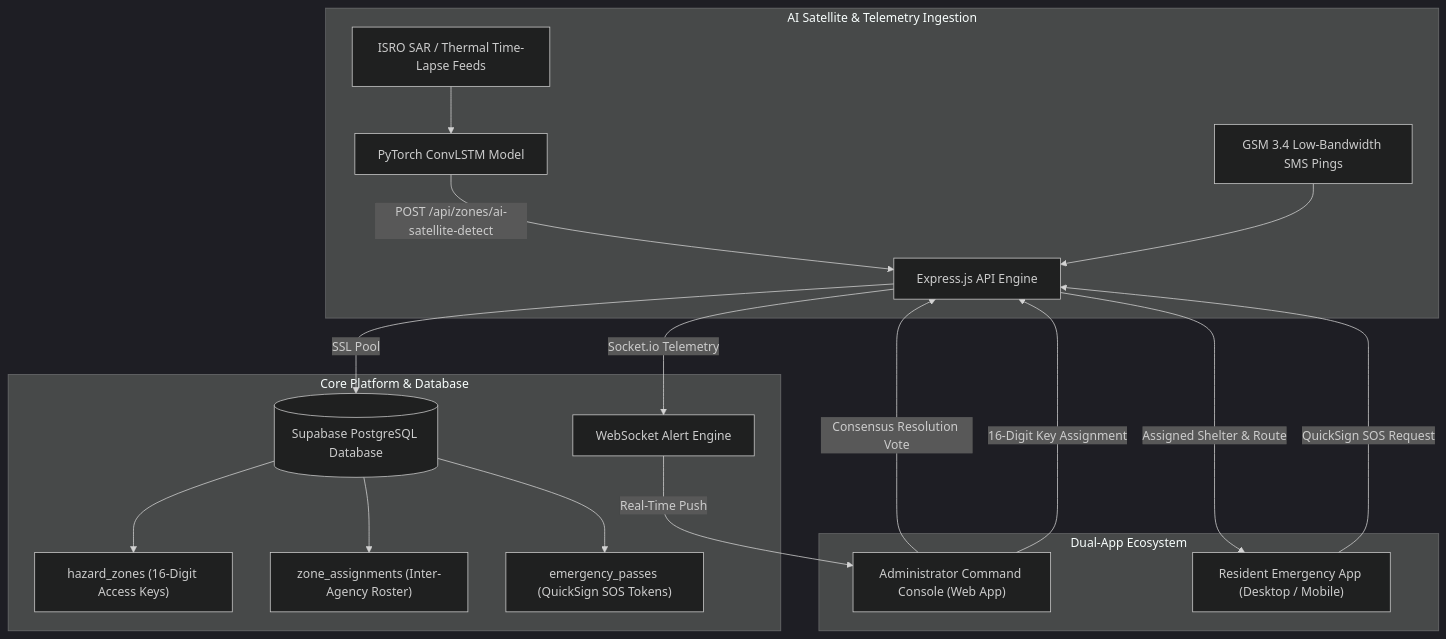
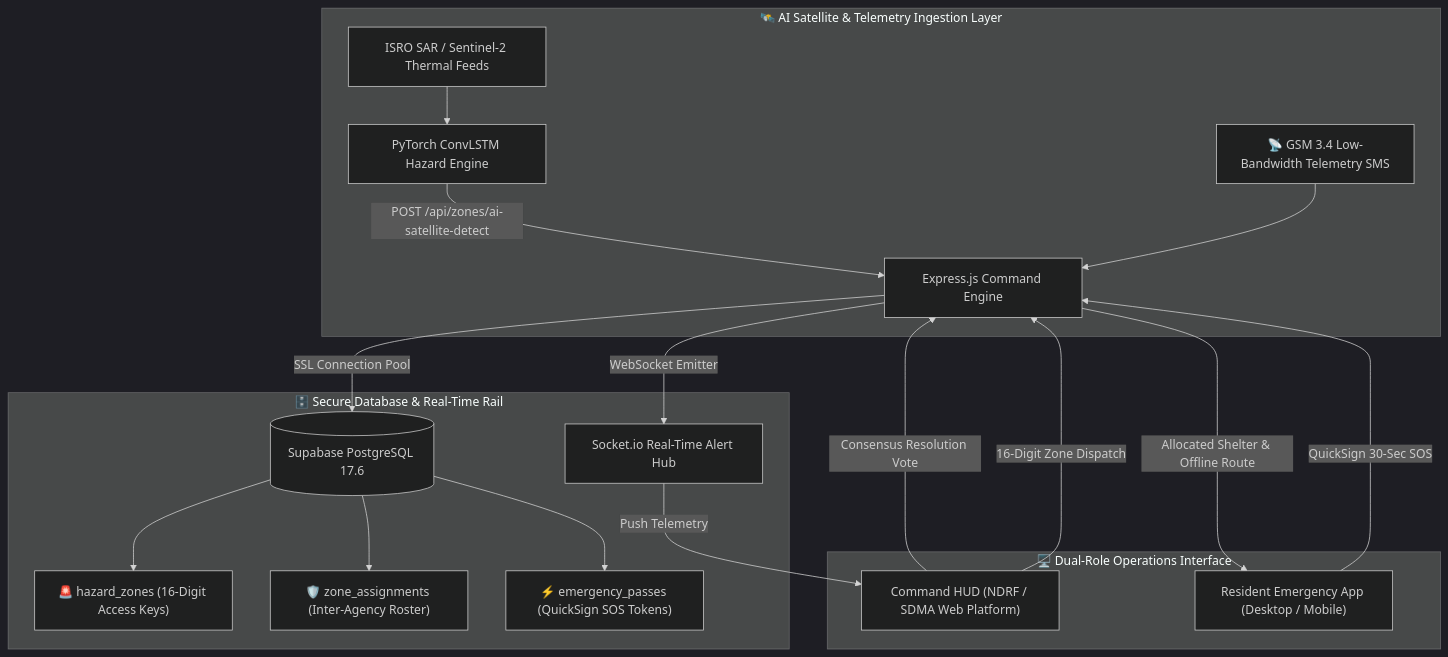
Before and after one commit to Babin123456/SurakhshaDrishti: the diagram in README.md, drawn with Mermaid (dark theme). The commit also changed other lines of this file, not shown here.

Commit message:
docs: overhaul main README with project documentation hub, custom palette wave, and badges

````diff
--- a/README.md
+++ b/README.md
@@ -25,25 +48,25 @@
 ```mermaid
 flowchart TD
-    subgraph Data_Ingestion["AI Satellite & Telemetry Ingestion"]
-        A["ISRO SAR / Thermal Time-Lapse Feeds"] --> B["PyTorch ConvLSTM Model"]
-        B -->|"POST /api/zones/ai-satellite-detect"| C["Express.js API Engine"]
-        GSM["GSM 3.4 Low-Bandwidth SMS Pings"] --> C
+    subgraph Ingestion["🛰️ AI Satellite & Telemetry Ingestion Layer"]
+        A["ISRO SAR / Sentinel-2 Thermal Feeds"] --> B["PyTorch ConvLSTM Hazard Engine"]
+        B -->|"POST /api/zones/ai-satellite-detect"| C["Express.js Command Engine"]
+        GSM["📡 GSM 3.4 Low-Bandwidth Telemetry SMS"] --> C
     end
 
-    subgraph Backend_Core["Core Platform & Database"]
-        C -->|"SSL Pool"| D[("Supabase PostgreSQL Database")]
-        C -->|"Socket.io Telemetry"| E["WebSocket Alert Engine"]
-        D --> Table1["hazard_zones (16-Digit Access Keys)"]
-        D --> Table2["zone_assignments (Inter-Agency Roster)"]
-        D --> Table3["emergency_passes (QuickSign SOS Tokens)"]
+    subgraph Core["🗄️ Secure Database & Real-Time Rail"]
+        C -->|"SSL Connection Pool"| D[("Supabase PostgreSQL 17.6")]
+        C -->|"WebSocket Emitter"| E["Socket.io Real-Time Alert Hub"]
+        D --> T1["🚨 hazard_zones (16-Digit Access Keys)"]
+        D --> T2["🛡️ zone_assignments (Inter-Agency Roster)"]
+        D --> T3["⚡ emergency_passes (QuickSign SOS Tokens)"]
     end
 
-    subgraph Applications["Dual-App Ecosystem"]
-        E -->|"Real-Time Push"| F["Administrator Command Console (Web App)"]
+    subgraph Ecosystem["🖥️ Dual-Role Operations Interface"]
+        E -->|"Push Telemetry"| F["Command HUD (NDRF / SDMA Web Platform)"]
         F -->|"Consensus Resolution Vote"| C
-        F -->|"16-Digit Key Assignment"| C
+        F -->|"16-Digit Zone Dispatch"| C
         
-        G["Resident Emergency App (Desktop / Mobile)"] -->|"QuickSign SOS Request"| C
-        C -->|"Assigned Shelter & Route"| G
+        G["Resident Emergency App (Desktop / Mobile)"] -->|"QuickSign 30-Sec SOS"| C
+        C -->|"Allocated Shelter & Offline Route"| G
     end
 ```
````
